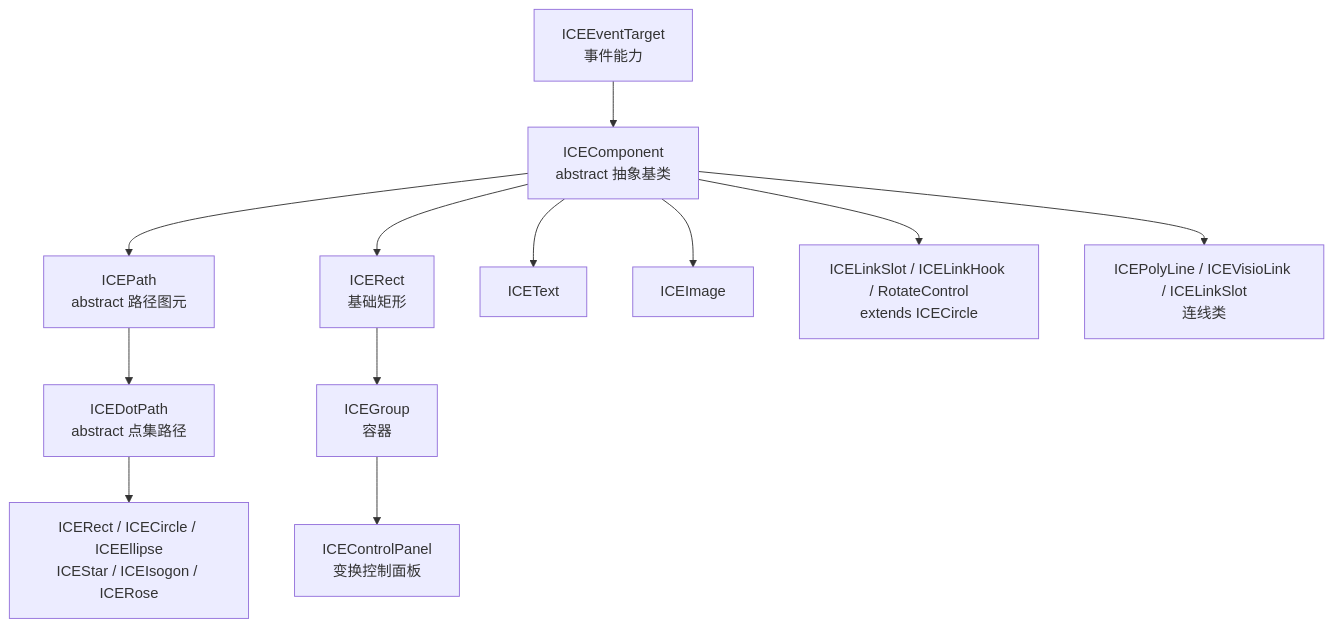
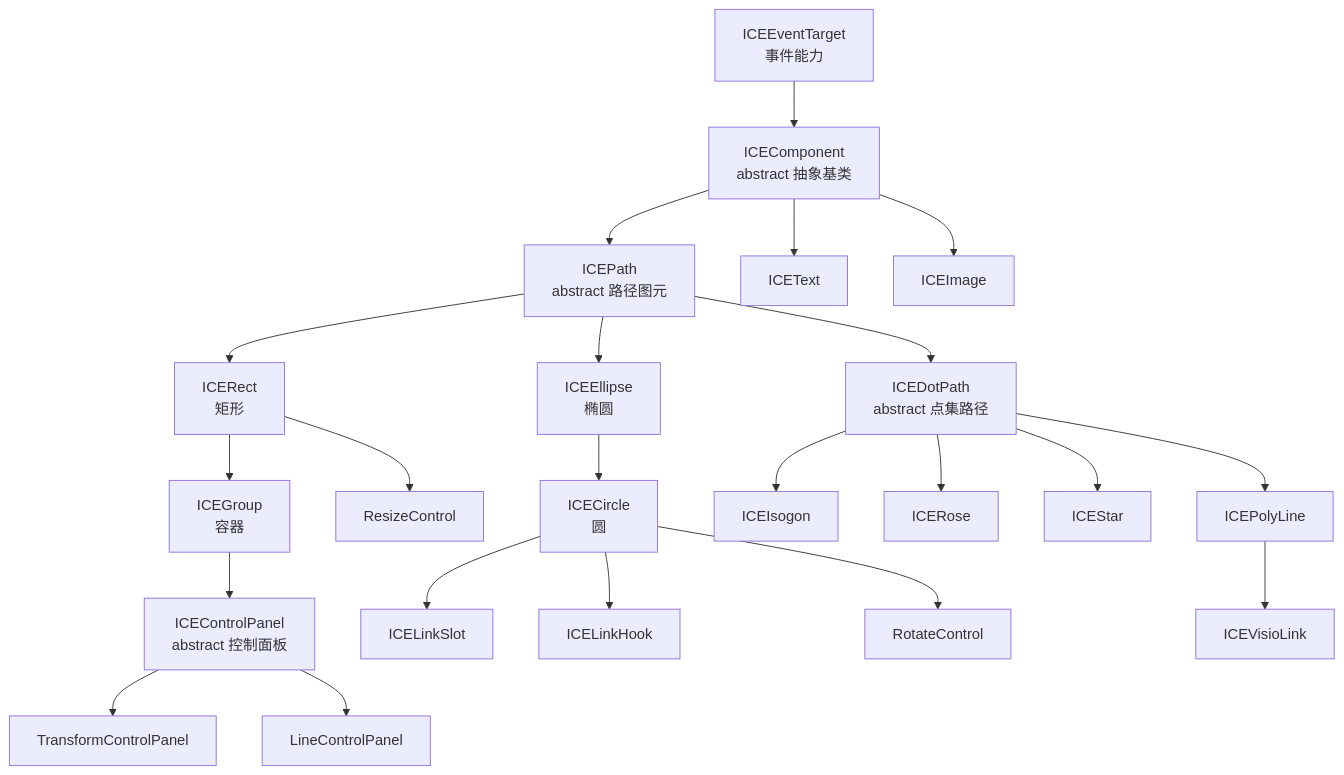
One commit to ice-render/ice-render changed the diagram in docs/architecture/02-component-model.md. Above: the diagram before and after it, drawn with Mermaid. The commit also changed other lines of this file, not shown here.

First line of the commit message:
docs(architecture): 修正组件继承图并补充与 Java Swing 的设计对照

````diff
--- a/docs/architecture/02-component-model.md
+++ b/docs/architecture/02-component-model.md
@@ -34,14 +34,24 @@
 ```mermaid
 graph TD
     E[ICEEventTarget<br/>事件能力] --> C[ICEComponent<br/>abstract 抽象基类]
     C --> P[ICEPath<br/>abstract 路径图元]
+    P --> R[ICERect<br/>矩形]
+    R --> G[ICEGroup<br/>容器]
+    G --> CP[ICEControlPanel<br/>abstract 控制面板]
+    CP --> TCP[TransformControlPanel]
+    CP --> LCP[LineControlPanel]
+    R --> RS[ResizeControl]
+    P --> EL[ICEEllipse<br/>椭圆]
+    EL --> CI[ICECircle<br/>圆]
+    CI --> LS[ICELinkSlot]
+    CI --> LH[ICELinkHook]
+    CI --> RC[RotateControl]
     P --> D[ICEDotPath<br/>abstract 点集路径]
-    D --> S[ICERect / ICECircle / ICEEllipse<br/>ICEStar / ICEIsogon / ICERose]
-    C --> R[ICERect<br/>基础矩形]
-    R --> G[ICEGroup<br/>容器]
-    G --> CP[ICEControlPanel<br/>变换控制面板]
+    D --> IS[ICEIsogon]
+    D --> RO[ICERose]
+    D --> ST[ICEStar]
+    D --> PL[ICEPolyLine]
+    PL --> VL[ICEVisioLink]
     C --> T[ICEText]
     C --> I[ICEImage]
-    C --> L[ICELinkSlot / ICELinkHook / RotateControl<br/>extends ICECircle]
-    C --> LL[ICEPolyLine / ICEVisioLink / ICELinkSlot<br/>连线类]
 ```
````
